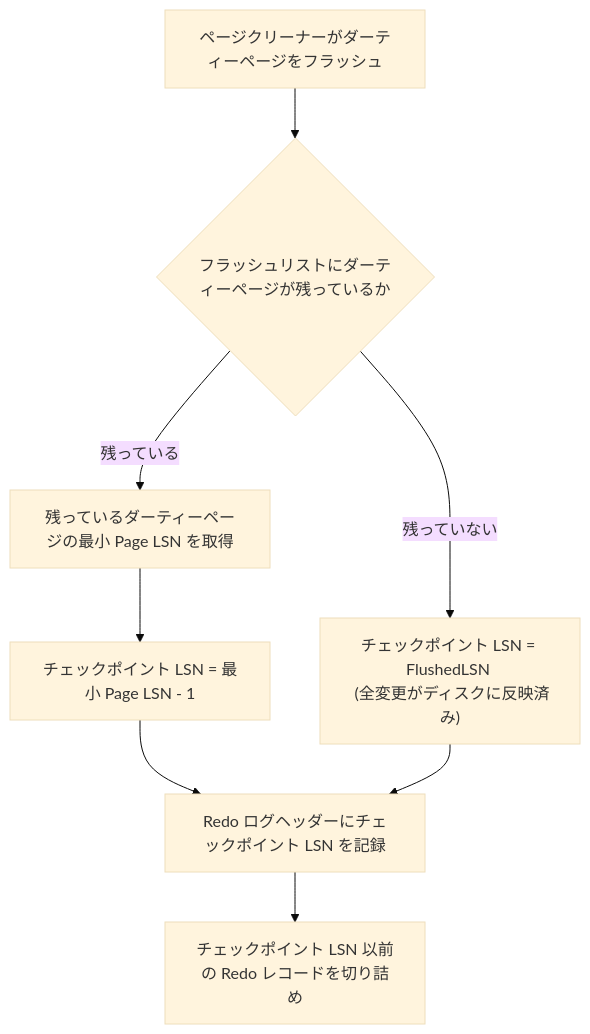
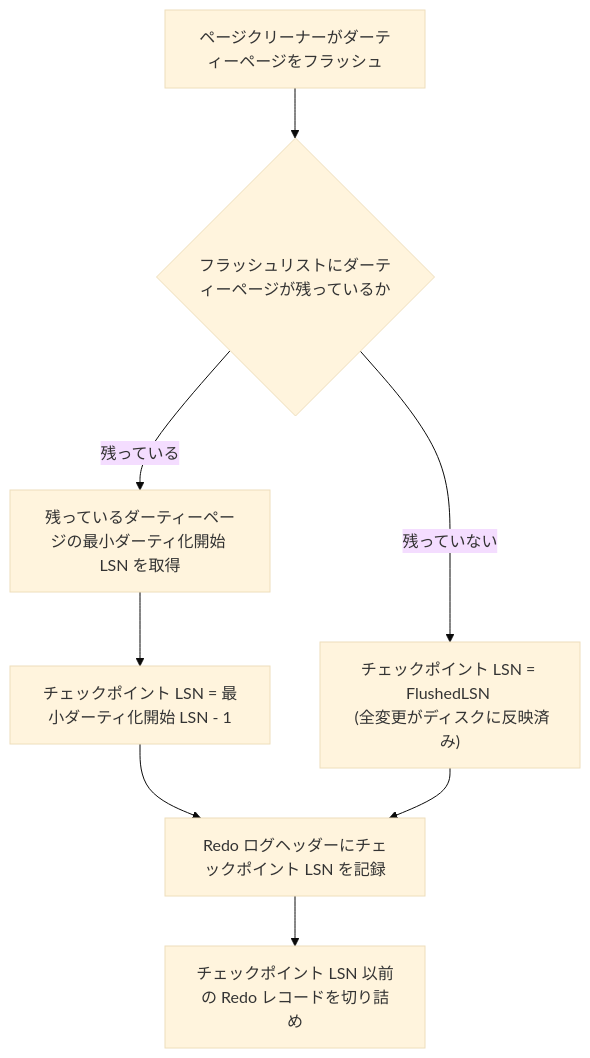
One commit to ren-yamanashi/minesql changed the diagram in docs/architecture/storage/access/checkpoint.md. Above: the diagram before and after it, drawn with Mermaid (base theme). The commit also changed other lines of this file and 10 other files, not shown here.

````diff
--- a/docs/architecture/storage/access/checkpoint.md
+++ b/docs/architecture/storage/access/checkpoint.md
@@ -27,10 +33,10 @@
 ```mermaid
 flowchart TD
     A[ページクリーナーがダーティーページをフラッシュ] --> B{フラッシュリストにダーティーページが残っているか}
-    B -- 残っている --> C[残っているダーティーページの最小 Page LSN を取得]
-    C --> D["チェックポイント LSN = 最小 Page LSN - 1"]
+    B -- 残っている --> C[残っているダーティーページの最小ダーティ化開始 LSN を取得]
+    C --> D["チェックポイント LSN = 最小ダーティ化開始 LSN - 1"]
     B -- 残っていない --> E["チェックポイント LSN = FlushedLSN <br/> (全変更がディスクに反映済み)"]
     D --> F[Redo ログヘッダーにチェックポイント LSN を記録]
     E --> F
     F --> G[チェックポイント LSN 以前の Redo レコードを切り詰め]
 ```
````
